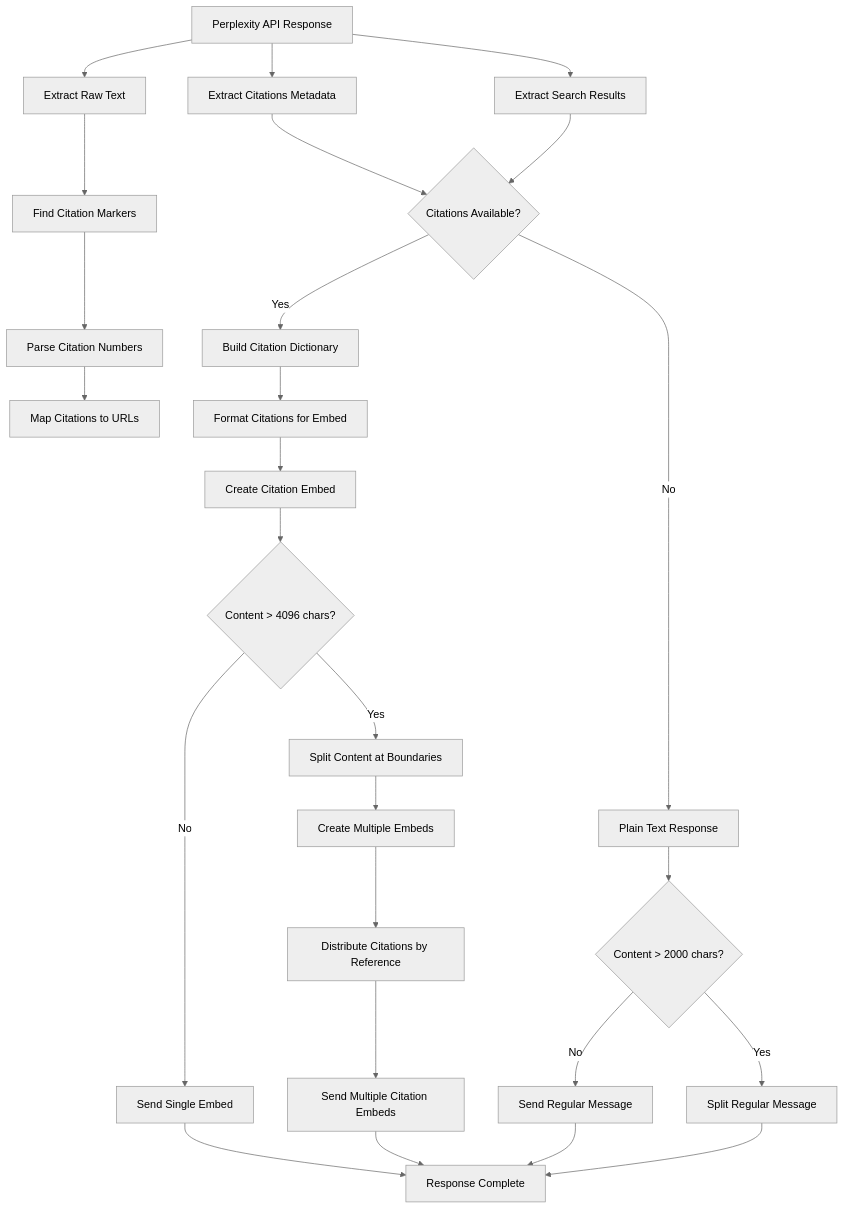
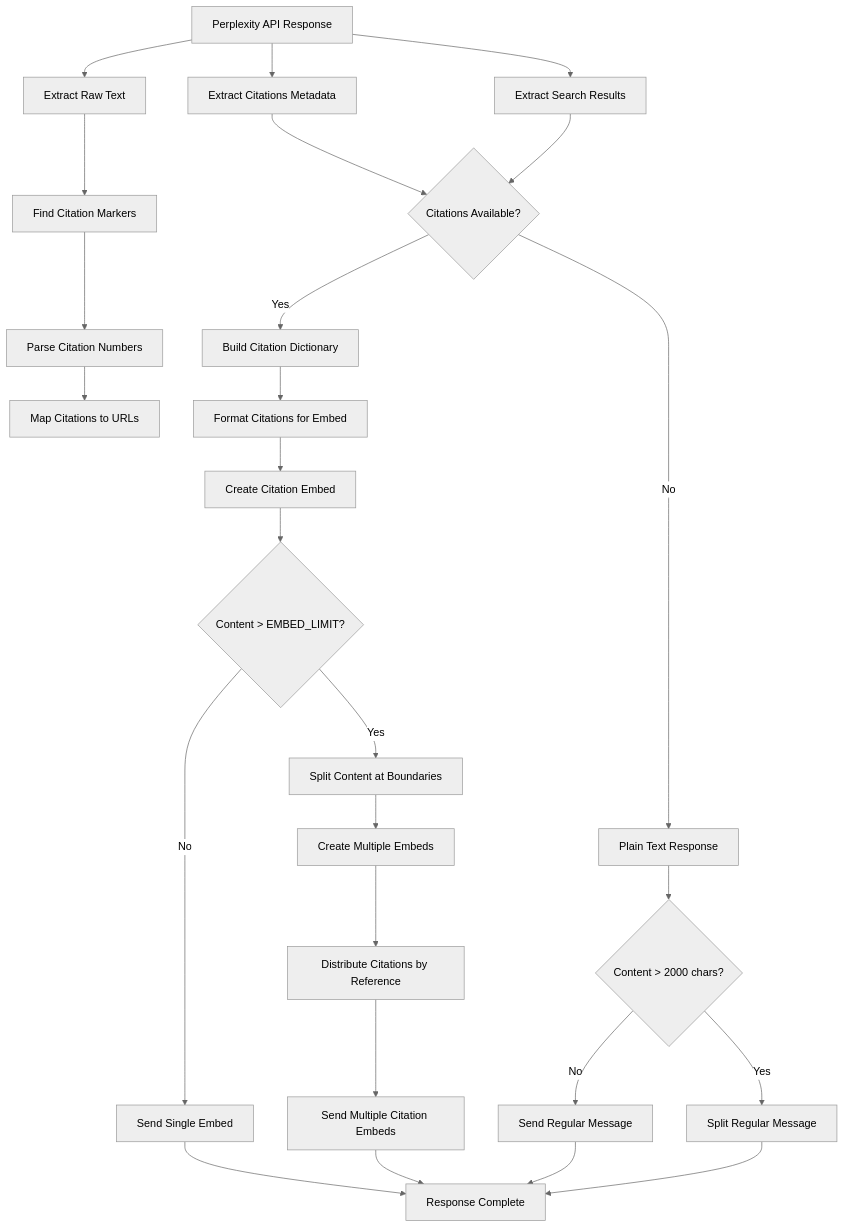
One commit to johndotpub/DiscordianAI changed the diagram in docs/Perplexity.md. Above: the diagram before and after it, drawn with Mermaid (neutral theme). The commit also changed 11 other files, not shown here.

````diff
--- a/docs/Perplexity.md
+++ b/docs/Perplexity.md
@@ -82,34 +82,34 @@
 ```mermaid
 flowchart TD
     A[Perplexity API Response] --> B[Extract Raw Text]
     A --> C[Extract Citations Metadata]
     A --> D[Extract Search Results]
     
     B --> E[Find Citation Markers]
     E --> F[Parse Citation Numbers]
     F --> G[Map Citations to URLs]
     
     C --> H{Citations Available?}
     D --> H
     H -->|Yes| I[Build Citation Dictionary]
     H -->|No| J[Plain Text Response]
     
     I --> K[Format Citations for Embed]
     K --> L[Create Citation Embed]
-    L --> M{Content > 4096 chars?}
+    L --> M{Content > EMBED_LIMIT?}
     
     M -->|No| N[Send Single Embed]
     M -->|Yes| O[Split Content at Boundaries]
     O --> P[Create Multiple Embeds]
     P --> Q[Distribute Citations by Reference]
     Q --> R[Send Multiple Citation Embeds]
     
     J --> S{Content > 2000 chars?}
     S -->|No| T[Send Regular Message]
     S -->|Yes| U[Split Regular Message]
     
     N --> V[Response Complete]
     R --> V
     T --> V
     U --> V
 ```
````
